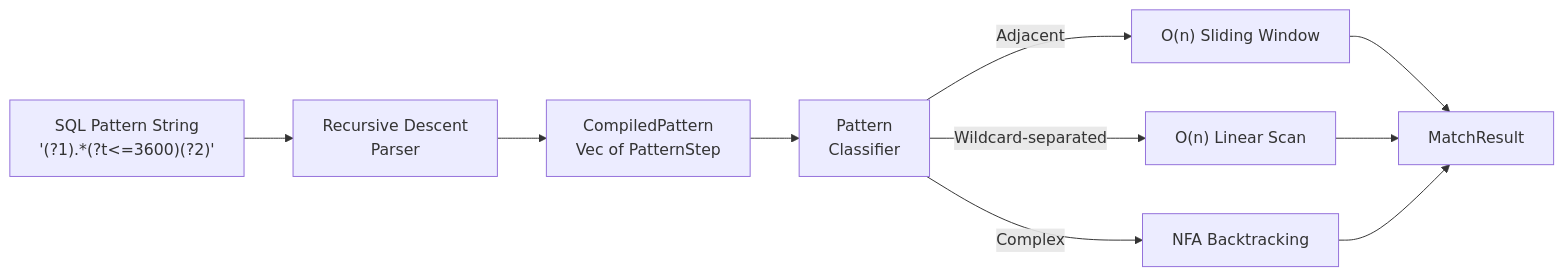
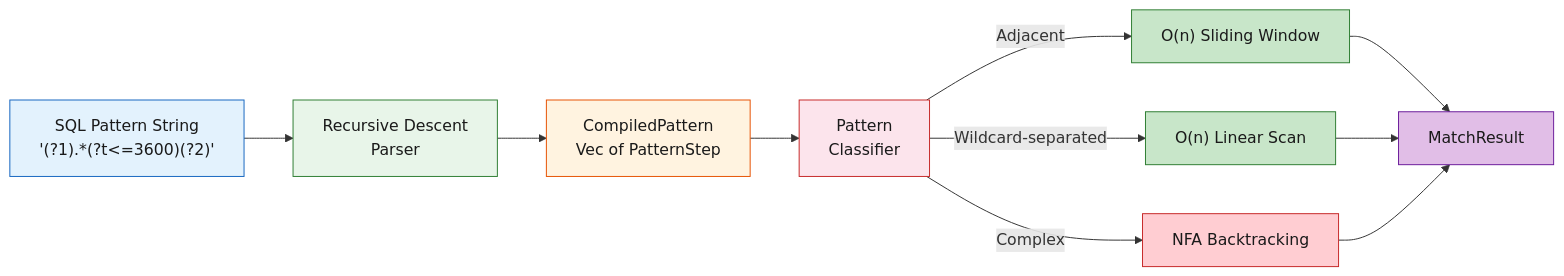
One commit to tomtom215/duckdb-behavioral changed the first of 2 diagrams in docs/src/internals/architecture.md. Above: the diagram before and after it, drawn with Mermaid. The commit also changed other lines of this file and 33 other files, not shown here.

````diff
--- a/docs/src/internals/architecture.md
+++ b/docs/src/internals/architecture.md
@@ -120,17 +120,26 @@
 ```mermaid
 flowchart LR
     SQL["SQL Pattern String<br/>'(?1).*(?t<=3600)(?2)'"]
     PARSE["Recursive Descent<br/>Parser"]
     CP["CompiledPattern<br/>Vec of PatternStep"]
     CLASS["Pattern<br/>Classifier"]
 
     SQL --> PARSE --> CP --> CLASS
 
     CLASS -->|Adjacent| ADJ["O(n) Sliding Window"]
     CLASS -->|Wildcard-separated| WC["O(n) Linear Scan"]
     CLASS -->|Complex| NFA["NFA Backtracking"]
 
     ADJ --> RES["MatchResult"]
     WC --> RES
     NFA --> RES
+
+    style SQL fill:#e3f2fd,stroke:#1565c0,color:#1a1a1a
+    style PARSE fill:#e8f5e9,stroke:#2e7d32,color:#1a1a1a
+    style CP fill:#fff3e0,stroke:#e65100,color:#1a1a1a
+    style CLASS fill:#fce4ec,stroke:#c62828,color:#1a1a1a
+    style ADJ fill:#c8e6c9,stroke:#2e7d32,color:#1a1a1a
+    style WC fill:#c8e6c9,stroke:#2e7d32,color:#1a1a1a
+    style NFA fill:#ffcdd2,stroke:#c62828,color:#1a1a1a
+    style RES fill:#e1bee7,stroke:#6a1b9a,color:#1a1a1a
 ```
````
